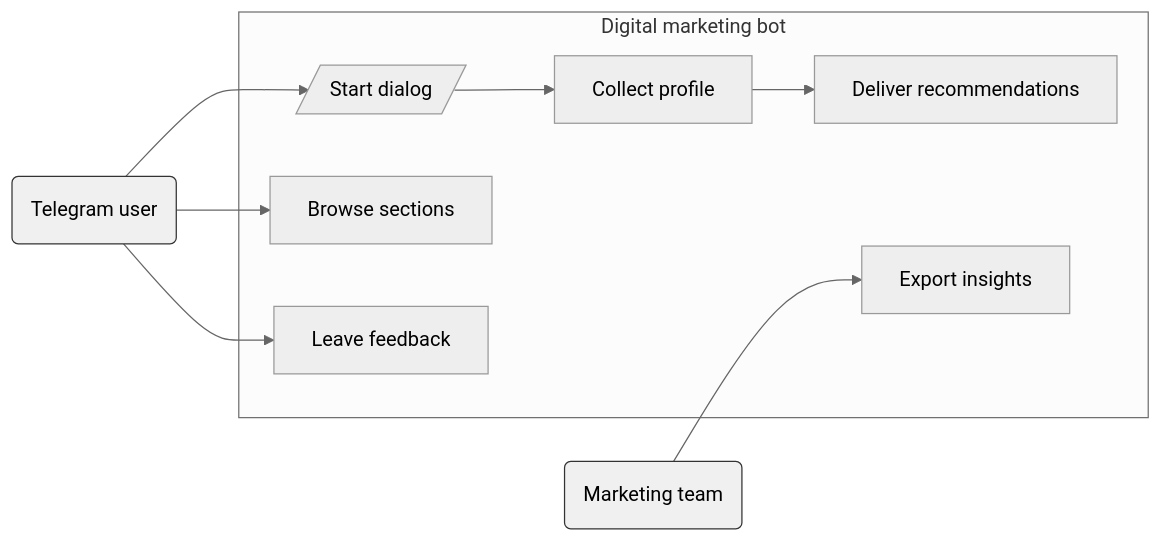
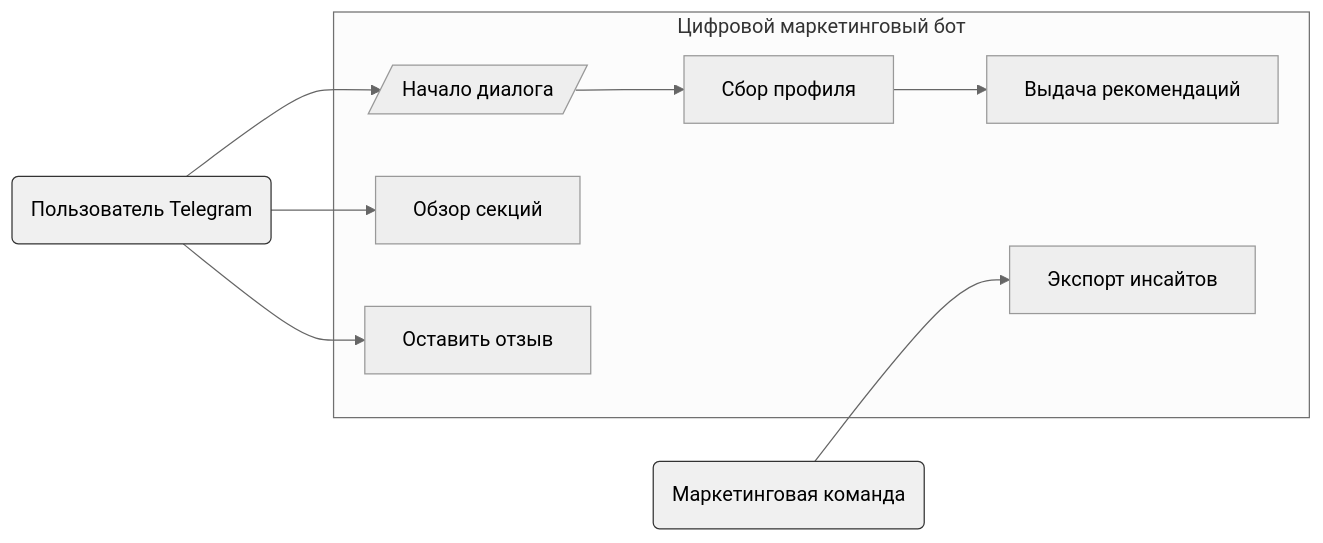
Before and after one commit to kotru21/bsuir: the fifth of 7 diagrams in README.md, drawn with Mermaid (neutral theme). The commit also changed other lines of this file, not shown here.

````diff
--- a/README.md
+++ b/README.md
@@ -205,23 +205,23 @@
 ```mermaid
 flowchart LR
-   user(Telegram user):::actor
-   marketing(Marketing team):::actor
+   user("Пользователь Telegram"):::actor
+   marketing("Маркетинговая команда"):::actor
 
-   subgraph Bot [Digital marketing bot]
-      start[/Start dialog/]
-      profile[Collect profile]
-      recommend[Deliver recommendations]
-      sections[Browse sections]
-      feedback[Leave feedback]
-      export[Export insights]
+   subgraph Bot ["Цифровой маркетинговый бот"]
+      start[/Начало диалога/]
+      profile[Сбор профиля]
+      recommend[Выдача рекомендаций]
+      sections[Обзор секций]
+      feedback[Оставить отзыв]
+      export[Экспорт инсайтов]
    end
 
    user --> start
    start --> profile
    profile --> recommend
    user --> sections
    user --> feedback
    marketing --> export
 
    classDef actor fill:#f0f0f0,stroke:#333,stroke-width:1;
 ```
````
